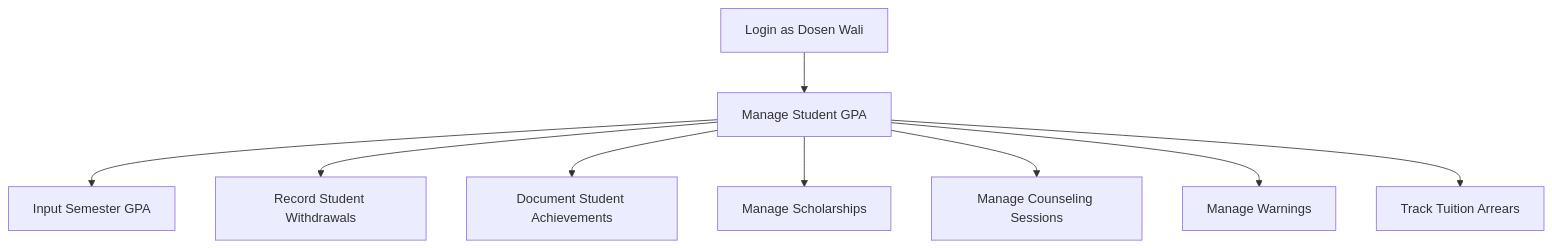
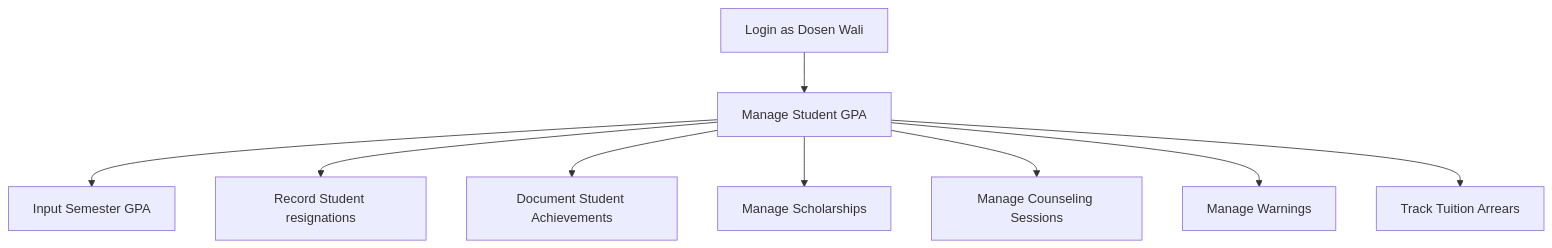
The second of 4 diagrams in README.md (Protic-PNC/jkb-sistem-dosen-wali), drawn with Mermaid before and after one commit. The commit also changed other lines of this file, not shown here.

````diff
--- a/README.md
+++ b/README.md
@@ -177,12 +177,12 @@
 ```mermaid
 graph TD;
     %% Dosen Wali (Academic Advisor) Flowchart
     L[Login as Dosen Wali] --> M[Manage Student GPA]
     M --> N[Input Semester GPA]
-    M --> O[Record Student Withdrawals]
+    M --> O[Record Student resignations]
     M --> P[Document Student Achievements]
     M --> Q[Manage Scholarships]
     M --> R[Manage Counseling Sessions]
     M --> S[Manage Warnings]
     M --> T[Track Tuition Arrears]
 ```
````
